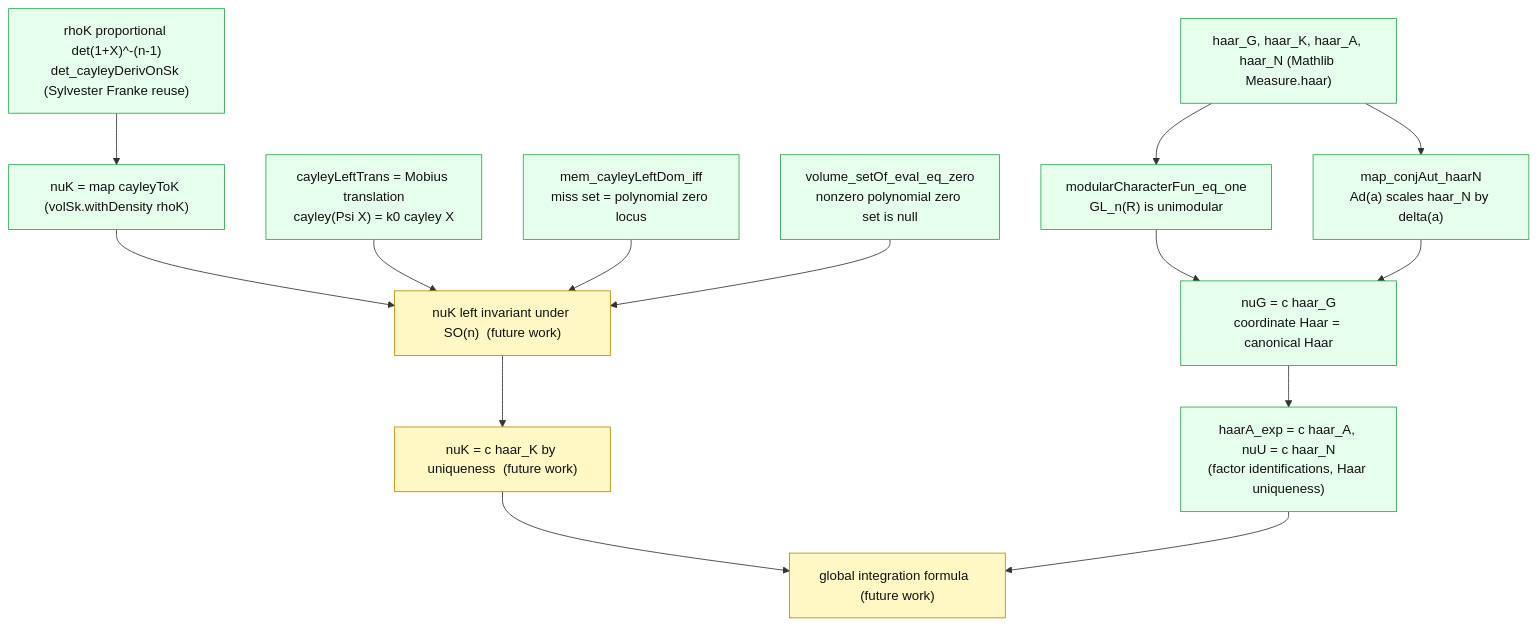
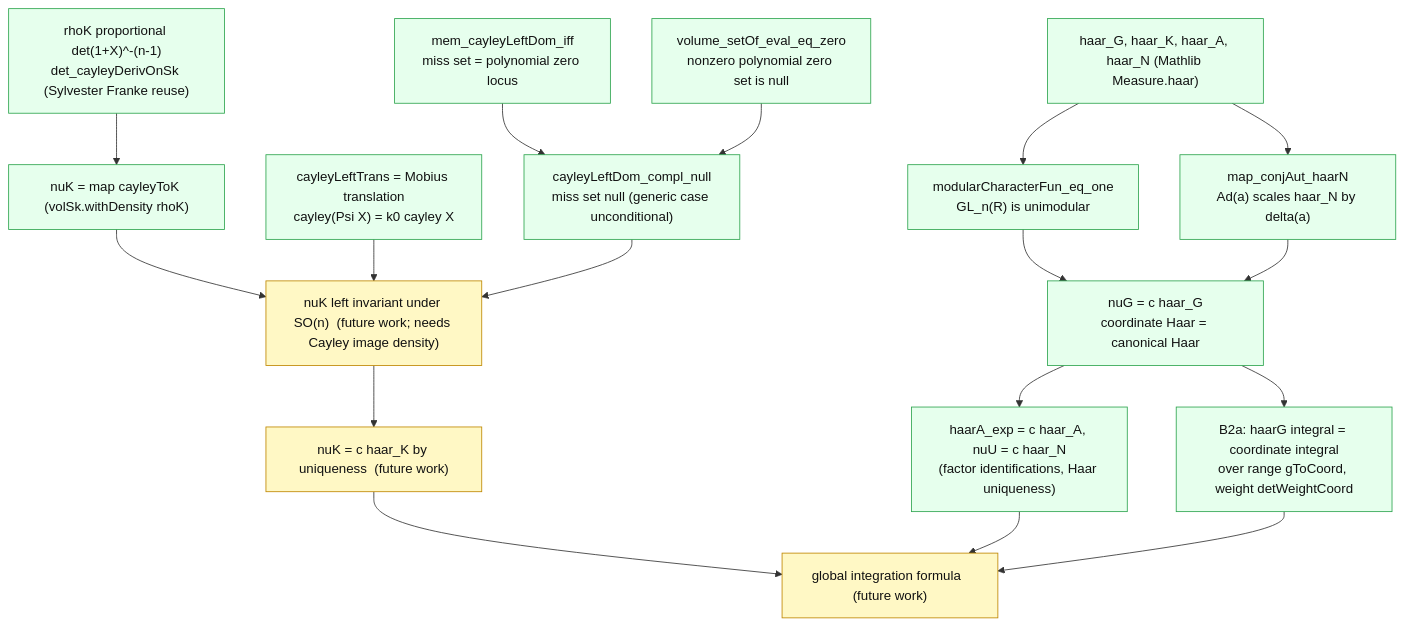
Before and after one commit to CuteSurtr/iwasawa-change-of-coordinates: the third of 6 diagrams in README.md, drawn with Mermaid. The commit also changed other lines of this file, not shown here.

First line of the commit message:
Docs: sync README to current state (PHASE 2 measure core, B2a, density gap)

````diff
--- a/README.md
+++ b/README.md
@@ -809,32 +854,37 @@
 ```mermaid
 flowchart TD
     HG["haar_G, haar_K, haar_A, haar_N (Mathlib Measure.haar)"]
     UNI["modularCharacterFun_eq_one<br/>GL_n(R) is unimodular"]
     CRUX["map_conjAut_haarN<br/>Ad(a) scales haar_N by delta(a)"]
     NUG["nuG = c haar_G<br/>coordinate Haar = canonical Haar"]
     AU["haarA_exp = c haar_A, nuU = c haar_N<br/>(factor identifications, Haar uniqueness)"]
     RHO["rhoK proportional det(1+X)^-(n-1)<br/>det_cayleyDerivOnSk (Sylvester Franke reuse)"]
     NUK["nuK = map cayleyToK (volSk.withDensity rhoK)"]
     PSI["cayleyLeftTrans = Mobius translation<br/>cayley(Psi X) = k0 cayley X"]
     MISS["mem_cayleyLeftDom_iff<br/>miss set = polynomial zero locus"]
     POLY["volume_setOf_eval_eq_zero<br/>nonzero polynomial zero set is null"]
-    INV["nuK left invariant under SO(n)  (future work)"]
+    NULL["cayleyLeftDom_compl_null<br/>miss set null (generic case unconditional)"]
+    B2A["B2a: haarG integral = coordinate integral<br/>over range gToCoord, weight detWeightCoord"]
+    INV["nuK left invariant under SO(n)  (future work; needs Cayley image density)"]
     ID["nuK = c haar_K by uniqueness  (future work)"]
     FORM["global integration formula  (future work)"]
 
     HG --> UNI --> NUG
     HG --> CRUX --> NUG
     NUG --> AU
+    NUG --> B2A
     RHO --> NUK
+    MISS --> NULL
+    POLY --> NULL
     NUK --> INV
     PSI --> INV
-    MISS --> INV
-    POLY --> INV
+    NULL --> INV
     INV --> ID --> FORM
     AU --> FORM
+    B2A --> FORM
 
     classDef ok fill:#e6ffed,stroke:#2da44e,color:#111;
     classDef future fill:#fff8c5,stroke:#bf8700,color:#111;
-    class HG,UNI,CRUX,NUG,AU,RHO,NUK,PSI,MISS,POLY ok;
+    class HG,UNI,CRUX,NUG,AU,RHO,NUK,PSI,MISS,POLY,NULL,B2A ok;
     class INV,ID,FORM future;
 ```
````
